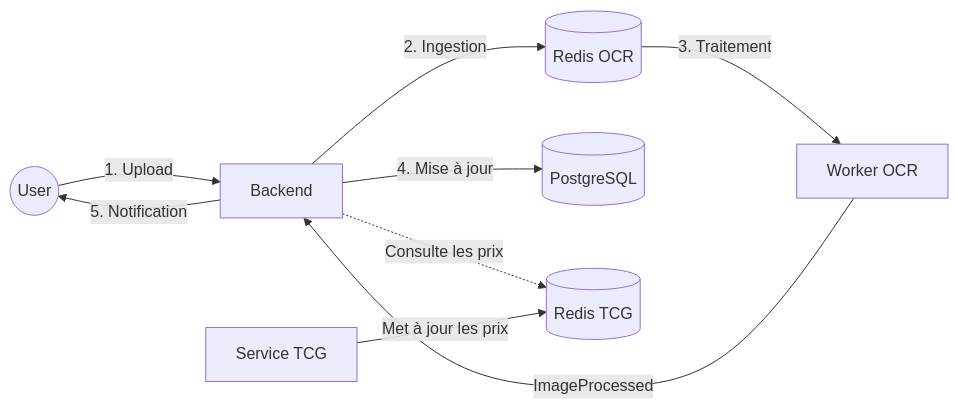
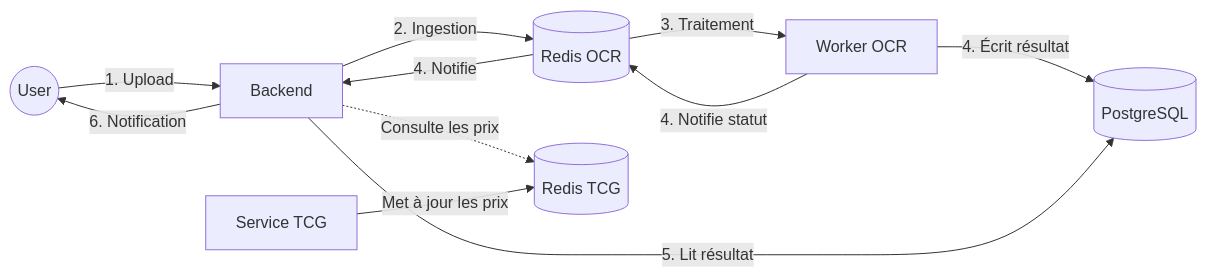
The diagram in docs/architecture/01-architecture-logique.md (Collectionr/collectionr_epitech), drawn with Mermaid before and after one commit. The commit also changed other lines of this file, not shown here.

Commit message:
:memo: Mise à jour de la documentation de l'architecture logique avec des ajouts au sommaire et des précisions sur l'observabilité et la sécurité

````diff
--- a/docs/architecture/01-architecture-logique.md
+++ b/docs/architecture/01-architecture-logique.md
@@ -51,11 +60,13 @@
 ```mermaid
 graph LR
     U((User)) -->|1. Upload| B[Backend]
     B -->|2. Ingestion| R1[(Redis OCR)]
     R1 -->|3. Traitement| W[Worker OCR]
-    W -->|ImageProcessed| B
-    B -->|4. Mise à jour| P[(PostgreSQL)]
-    B -->|5. Notification| U
+    W -->|4. Écrit résultat| P[(PostgreSQL)]
+    W -->|4. Notifie statut| R1
+    R1 -->|4. Notifie| B
+    B -->|5. Lit résultat| P
+    B -->|6. Notification| U
     B -.->|Consulte les prix| R2[(Redis TCG)]
     T[Service TCG] -->|Met à jour les prix| R2
 ```
````
